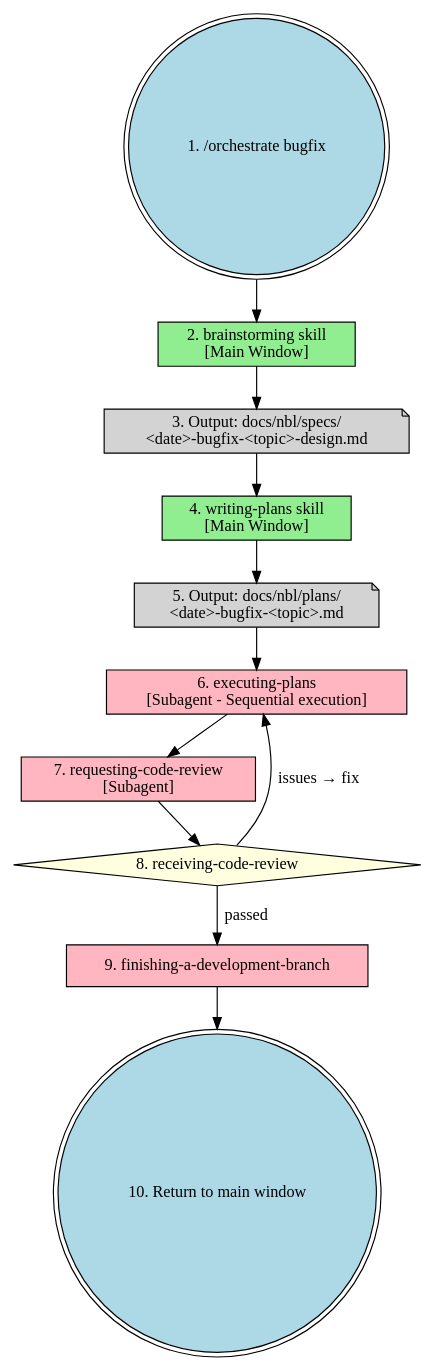
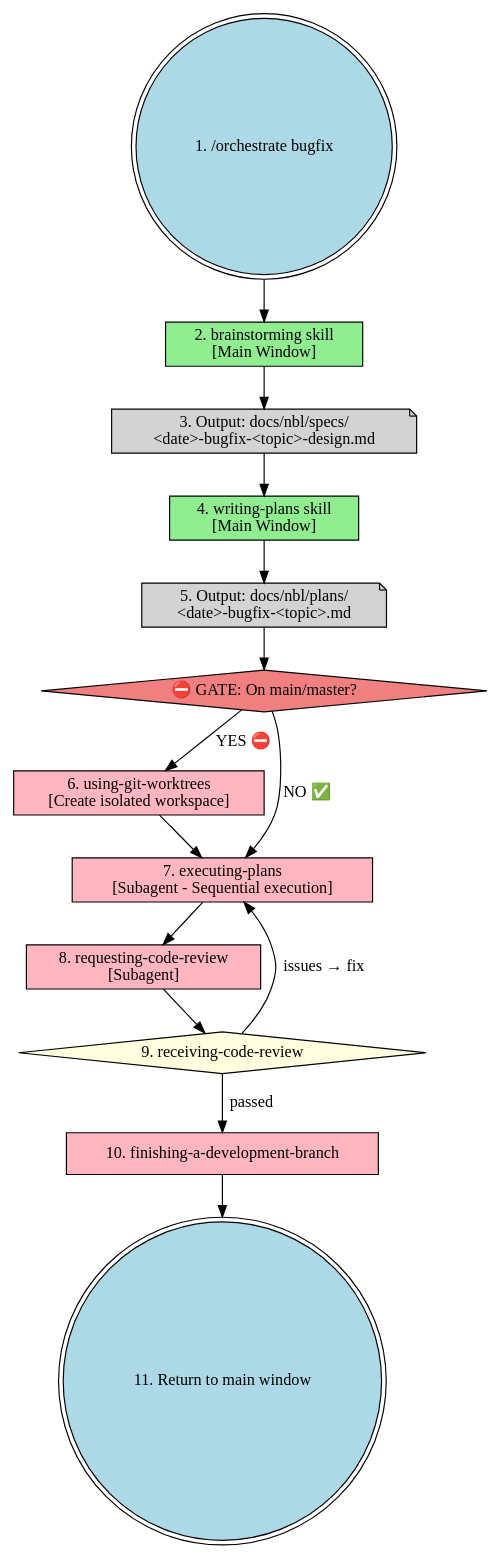
The second of 2 diagrams in skills/nbl.orchestrate/SKILL.md (icefrag/nbl-superpowers), drawn with Graphviz before and after one commit. The commit also changed other lines of this file, not shown here.

First line of the commit message:
fix(orchestrate): add Planning → Execution transition gate

````diff
--- a/skills/nbl.orchestrate/SKILL.md
+++ b/skills/nbl.orchestrate/SKILL.md
@@ -86,32 +118,39 @@
 ```dot
 digraph orchestrate_bugfix_workflow {
     rankdir=TB;
     node [shape=box style=filled fillcolor=lightyellow];
 
     "1. /orchestrate bugfix" [shape=doublecircle fillcolor=lightblue];
 
     "2. brainstorming skill\n[Main Window]" [fillcolor=lightgreen];
     "3. Output: docs/nbl/specs/\n<date>-bugfix-<topic>-design.md" [shape=note fillcolor=lightgray];
 
     "4. writing-plans skill\n[Main Window]" [fillcolor=lightgreen];
     "5. Output: docs/nbl/plans/\n<date>-bugfix-<topic>.md" [shape=note fillcolor=lightgray];
 
-    "6. executing-plans\n[Subagent - Sequential execution]" [fillcolor=lightpink];
+    "⛔ GATE: On main/master?" [shape=diamond fillcolor=lightcoral];
+    "6. using-git-worktrees\n[Create isolated workspace]" [fillcolor=lightpink];
+    "7. executing-plans\n[Subagent - Sequential execution]" [fillcolor=lightpink];
 
-    "7. requesting-code-review\n[Subagent]" [fillcolor=lightpink];
-    "8. receiving-code-review" [shape=diamond fillcolor=lightyellow];
-    "9. finishing-a-development-branch" [fillcolor=lightpink];
-    "10. Return to main window" [shape=doublecircle fillcolor=lightblue];
+    "8. requesting-code-review\n[Subagent]" [fillcolor=lightpink];
+    "9. receiving-code-review" [shape=diamond fillcolor=lightyellow];
+    "10. finishing-a-development-branch" [fillcolor=lightpink];
+    "11. Return to main window" [shape=doublecircle fillcolor=lightblue];
 
     "1. /orchestrate bugfix" -> "2. brainstorming skill\n[Main Window]";
     "2. brainstorming skill\n[Main Window]" -> "3. Output: docs/nbl/specs/\n<date>-bugfix-<topic>-design.md";
     "3. Output: docs/nbl/specs/\n<date>-bugfix-<topic>-design.md" -> "4. writing-plans skill\n[Main Window]";
     "4. writing-plans skill\n[Main Window]" -> "5. Output: docs/nbl/plans/\n<date>-bugfix-<topic>.md";
-    "5. Output: docs/nbl/plans/\n<date>-bugfix-<topic>.md" -> "6. executing-plans\n[Subagent - Sequential execution]";
-    "6. executing-plans\n[Subagent - Sequential execution]" -> "7. requesting-code-review\n[Subagent]";
-    "7. requesting-code-review\n[Subagent]" -> "8. receiving-code-review";
-    "8. receiving-code-review" -> "6. executing-plans\n[Subagent - Sequential execution]" [label="issues → fix"];
-    "8. receiving-code-review" -> "9. finishing-a-development-branch" [label="passed"];
-    "9. finishing-a-development-branch" -> "10. Return to main window";
+
+    "5. Output: docs/nbl/plans/\n<date>-bugfix-<topic>.md" -> "⛔ GATE: On main/master?";
+    "⛔ GATE: On main/master?" -> "6. using-git-worktrees\n[Create isolated workspace]" [label="YES ⛔"];
+    "⛔ GATE: On main/master?" -> "7. executing-plans\n[Subagent - Sequential execution]" [label="NO ✅"];
+    "6. using-git-worktrees\n[Create isolated workspace]" -> "7. executing-plans\n[Subagent - Sequential execution]";
+
+    "7. executing-plans\n[Subagent - Sequential execution]" -> "8. requesting-code-review\n[Subagent]";
+    "8. requesting-code-review\n[Subagent]" -> "9. receiving-code-review";
+    "9. receiving-code-review" -> "7. executing-plans\n[Subagent - Sequential execution]" [label="issues → fix"];
+    "9. receiving-code-review" -> "10. finishing-a-development-branch" [label="passed"];
+    "10. finishing-a-development-branch" -> "11. Return to main window";
 }
 ```
````
